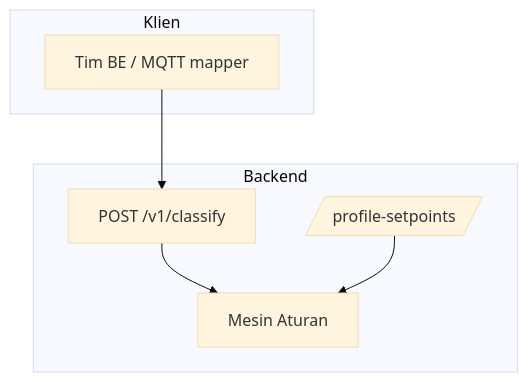
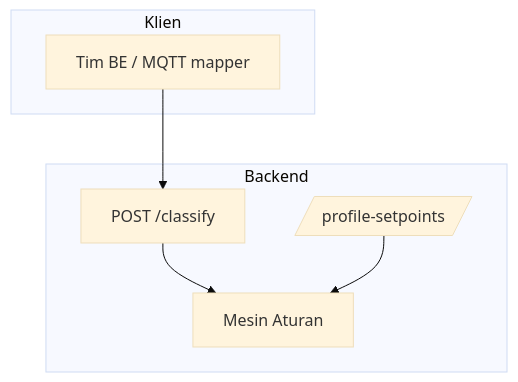
Before and after one commit to edo-z/classify-pump-failure: the diagram in App/service/classification/docs/02-architecture.md, drawn with Mermaid (base theme). The commit also changed other lines of this file and 25 other files, not shown here.

First line of the commit message:
Refactor classification API endpoint from /v1/classify to /classify

````diff
--- a/App/service/classification/docs/02-architecture.md
+++ b/App/service/classification/docs/02-architecture.md
@@ -57,13 +57,13 @@
 ```mermaid
 flowchart TB
     subgraph Backend
-      V1[POST /v1/classify]
+      API[POST /classify]
       Settings[/profile-setpoints/]
       Engine[Mesin Aturan]
     end
     subgraph Klien
       BE[Tim BE / MQTT mapper]
     end
-    BE --> V1 --> Engine
+    BE --> API --> Engine
     Settings --> Engine
 ```
````
